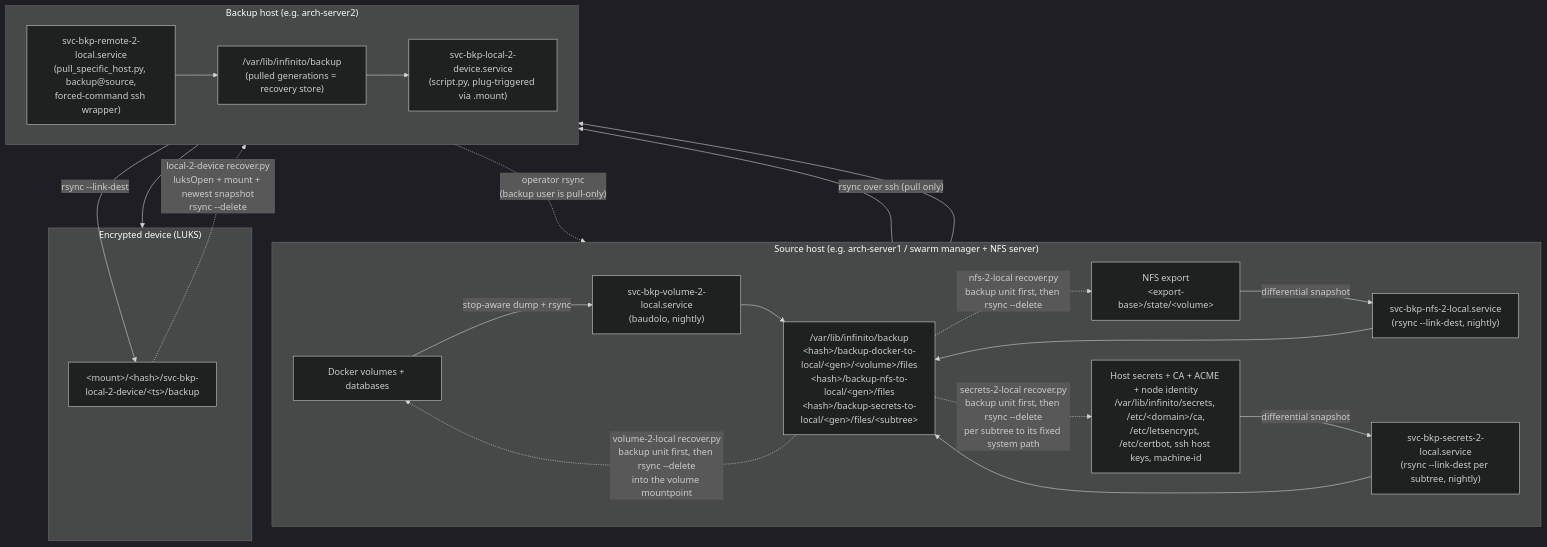
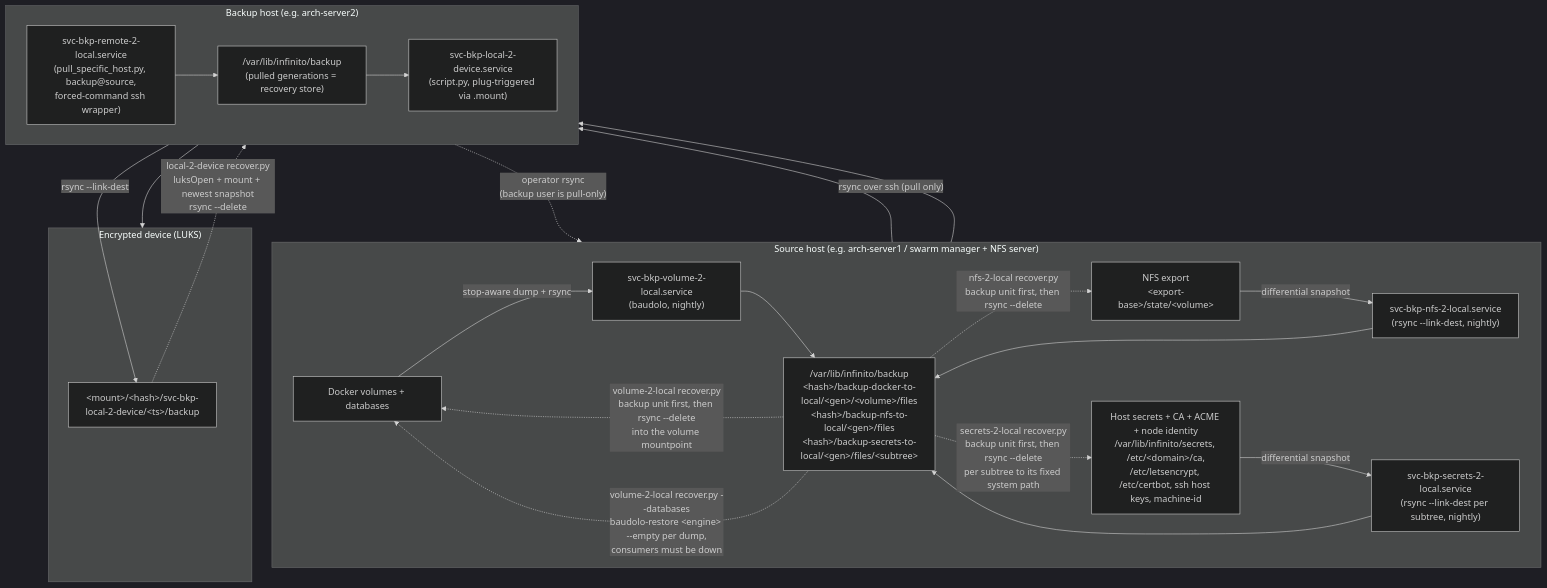
Before and after one commit to AlejandroRomanIbanez/infinito-nexus: the first of 2 diagrams in docs/architecture/backup.md, drawn with Mermaid (dark theme). The commit also changed other lines of this file and 7 other files, not shown here.

````diff
--- a/docs/architecture/backup.md
+++ b/docs/architecture/backup.md
@@ -10,42 +10,43 @@
 ```mermaid
 flowchart TB
     subgraph source["Source host (e.g. arch-server1 / swarm manager + NFS server)"]
         direction LR
         volumes["Docker volumes + databases"]
         export["NFS export<br/>&lt;export-base&gt;/state/&lt;volume&gt;"]
         secrets["Host secrets + CA + ACME + node identity<br/>/var/lib/infinito/secrets, /etc/&lt;domain&gt;/ca,<br/>/etc/letsencrypt, /etc/certbot, ssh host keys, machine-id"]
         unit_vol["svc-bkp-volume-2-local.service<br/>(baudolo, nightly)"]
         unit_nfs["svc-bkp-nfs-2-local.service<br/>(rsync --link-dest, nightly)"]
         unit_sec["svc-bkp-secrets-2-local.service<br/>(rsync --link-dest per subtree, nightly)"]
         src_backups["/var/lib/infinito/backup<br/>&lt;hash&gt;/backup-docker-to-local/&lt;gen&gt;/&lt;volume&gt;/files<br/>&lt;hash&gt;/backup-nfs-to-local/&lt;gen&gt;/files<br/>&lt;hash&gt;/backup-secrets-to-local/&lt;gen&gt;/files/&lt;subtree&gt;"]
 
         volumes -->|"stop-aware dump + rsync"| unit_vol --> src_backups
         export -->|"differential snapshot"| unit_nfs --> src_backups
         secrets -->|"differential snapshot"| unit_sec --> src_backups
     end
 
     subgraph backuphost["Backup host (e.g. arch-server2)"]
         direction LR
         unit_pull["svc-bkp-remote-2-local.service<br/>(pull_specific_host.py, backup@source,<br/>forced-command ssh wrapper)"]
         bkp_backups["/var/lib/infinito/backup<br/>(pulled generations = recovery store)"]
         unit_dev["svc-bkp-local-2-device.service<br/>(script.py, plug-triggered via .mount)"]
 
         unit_pull --> bkp_backups
         bkp_backups --> unit_dev
     end
 
     subgraph device["Encrypted device (LUKS)"]
         stick["&lt;mount&gt;/&lt;hash&gt;/svc-bkp-local-2-device/&lt;ts&gt;/backup"]
     end
 
     source --> backuphost --> device
 
     src_backups -->|"rsync over ssh (pull only)"| unit_pull
     unit_dev -->|"rsync --link-dest"| stick
 
     stick -.->|"local-2-device recover.py<br/>luksOpen + mount + newest snapshot<br/>rsync --delete"| bkp_backups
     bkp_backups -.->|"operator rsync<br/>(backup user is pull-only)"| src_backups
     src_backups -.->|"nfs-2-local recover.py<br/>backup unit first, then rsync --delete"| export
     src_backups -.->|"volume-2-local recover.py<br/>backup unit first, then rsync --delete<br/>into the volume mountpoint"| volumes
+    src_backups -.->|"volume-2-local recover.py --databases<br/>baudolo-restore &lt;engine&gt; --empty per dump,<br/>consumers must be down"| volumes
     src_backups -.->|"secrets-2-local recover.py<br/>backup unit first, then rsync --delete<br/>per subtree to its fixed system path"| secrets
 ```
````
